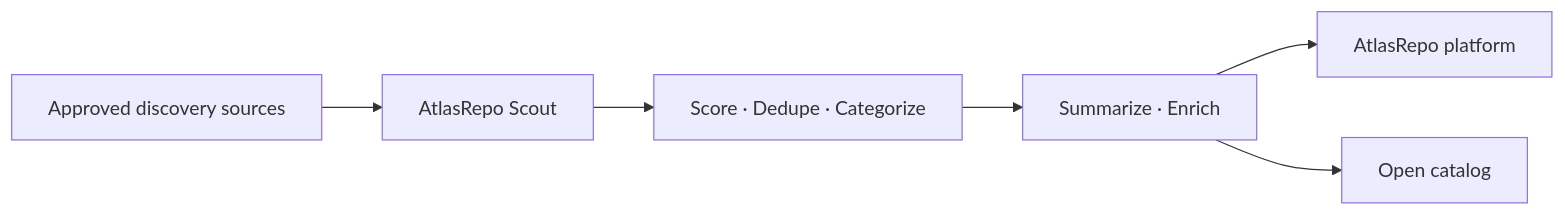
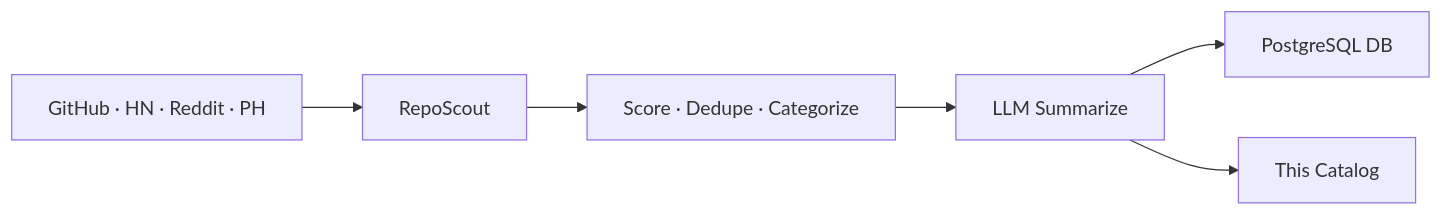
One commit to Arnon-hs/open-source changed the diagram in README.md. Above: the diagram before and after it, drawn with Mermaid. The commit also changed other lines of this file and 49 other files, not shown here.

Commit message:
chore(catalog): sync repos from Zeabur scout

````diff
--- a/README.md
+++ b/README.md
@@ -97,8 +83,8 @@
 ```mermaid
 graph LR
-  A[Approved discovery sources] --> B[AtlasRepo Scout]
+  A[GitHub · HN · Reddit · PH] --> B[RepoScout]
   B --> C[Score · Dedupe · Categorize]
-  C --> D[Summarize · Enrich]
-  D --> E[AtlasRepo platform]
-  D --> F[Open catalog]
+  C --> D[LLM Summarize]
+  D --> E[PostgreSQL DB]
+  D --> F[This Catalog]
 ```
````
